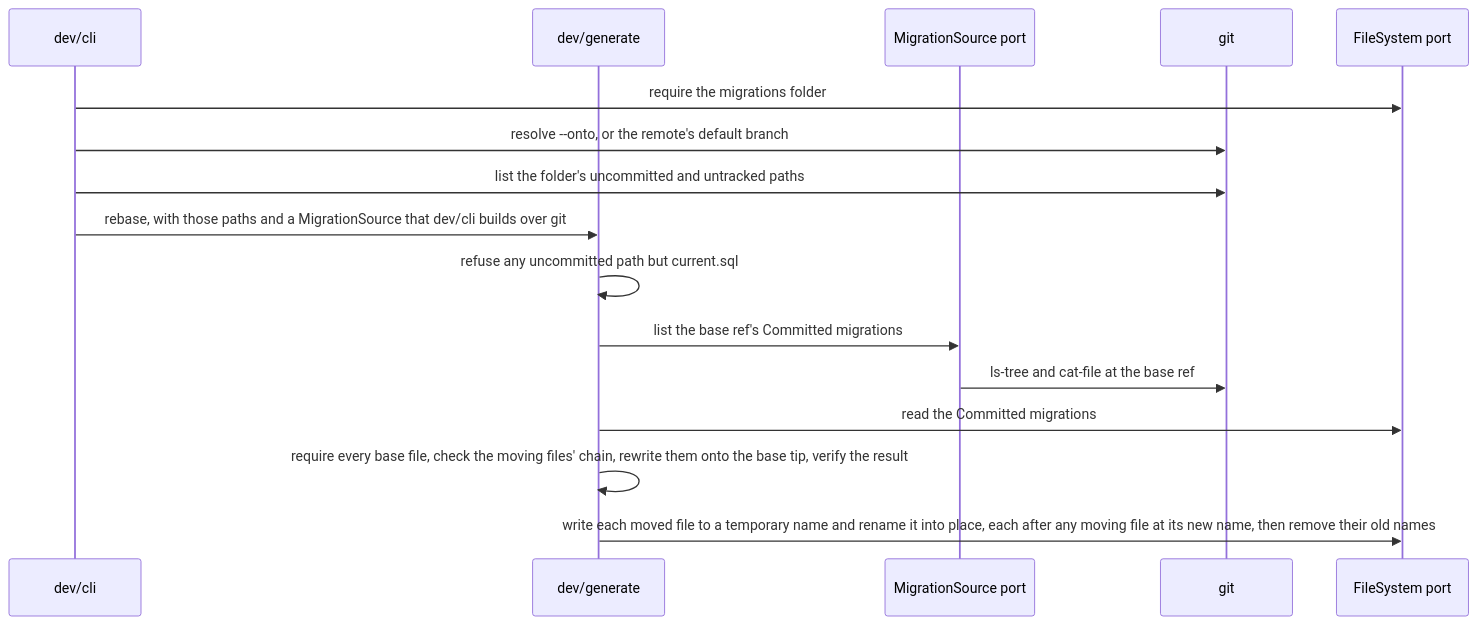
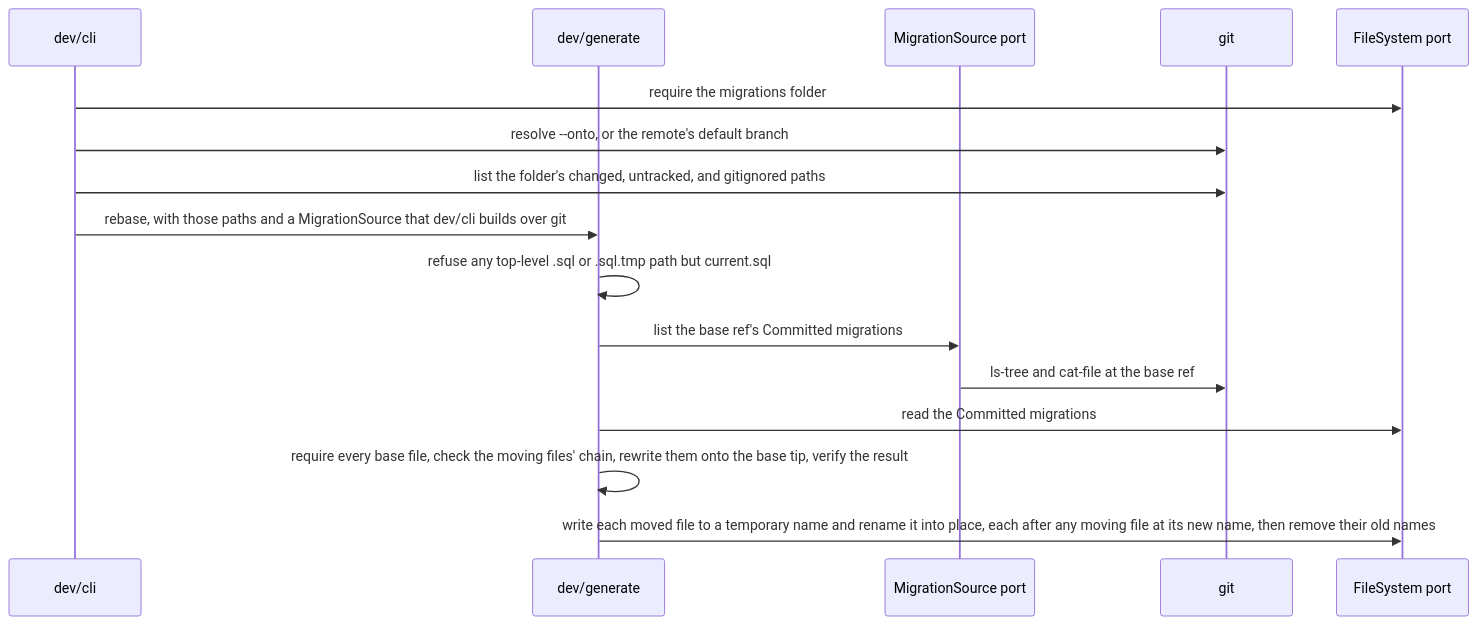
Before and after one commit to smonn/db: the ninth of 9 diagrams in docs/architecture.md, drawn with Mermaid. The commit also changed other lines of this file and 7 other files, not shown here.

````diff
--- a/docs/architecture.md
+++ b/docs/architecture.md
@@ -216,19 +216,19 @@
 ```mermaid
 sequenceDiagram
   participant CLI as dev/cli
   participant Gen as dev/generate
   participant Src as MigrationSource port
   participant Git as git
   participant FS as FileSystem port
 
   CLI->>FS: require the migrations folder
   CLI->>Git: resolve --onto, or the remote's default branch
-  CLI->>Git: list the folder's uncommitted and untracked paths
+  CLI->>Git: list the folder's changed, untracked, and gitignored paths
   CLI->>Gen: rebase, with those paths and a MigrationSource that dev/cli builds over git
-  Gen->>Gen: refuse any uncommitted path but current.sql
+  Gen->>Gen: refuse any top-level .sql or .sql.tmp path but current.sql
   Gen->>Src: list the base ref's Committed migrations
   Src->>Git: ls-tree and cat-file at the base ref
   Gen->>FS: read the Committed migrations
   Gen->>Gen: require every base file, check the moving files' chain, rewrite them onto the base tip, verify the result
   Gen->>FS: write each moved file to a temporary name and rename it into place, each after any moving file at its new name, then remove their old names
 ```
````
